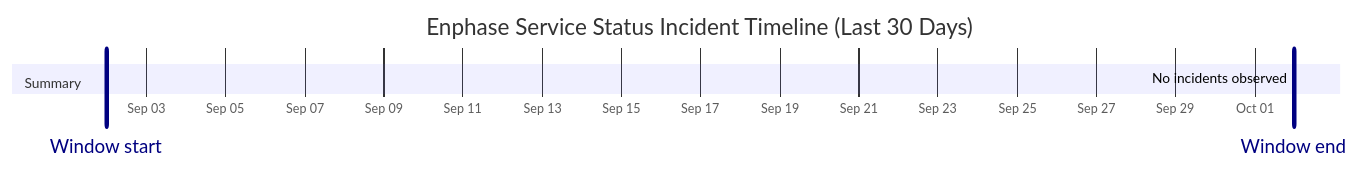
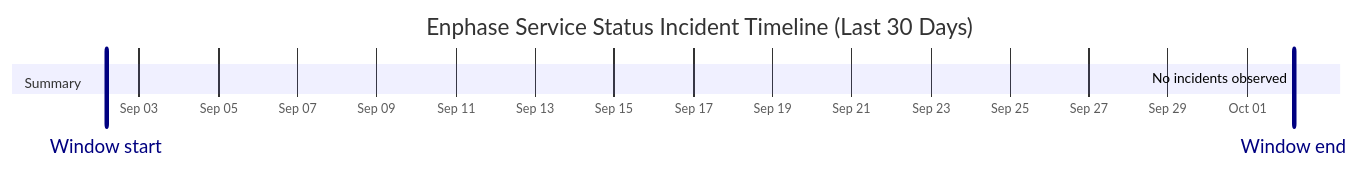
The diagram in wiki/Service-Status-History.md (barneyonline/ha-enphase-energy), drawn with Mermaid before and after one commit. The commit also changed other lines of this file and 3 other files, not shown here.

````diff
--- a/wiki/Service-Status-History.md
+++ b/wiki/Service-Status-History.md
@@ -14,10 +14,10 @@
 ```mermaid
 gantt
     title Enphase Service Status Incident Timeline (Last 30 Days)
     dateFormat  YYYY-MM-DDTHH:mm:ss
     axisFormat  %b %d
-    Window start :vert, window-start, 2026-09-01T23:40:44, 0ms
-    Window end :vert, window-end, 2026-10-01T23:40:44, 0ms
+    Window start :vert, window-start, 2026-09-02T04:09:23, 0ms
+    Window end :vert, window-end, 2026-10-02T04:09:23, 0ms
     section Summary
-    No incidents observed :done, 2026-10-01T23:40:44, 1m
+    No incidents observed :done, 2026-10-02T04:09:23, 1m
 ```
````
